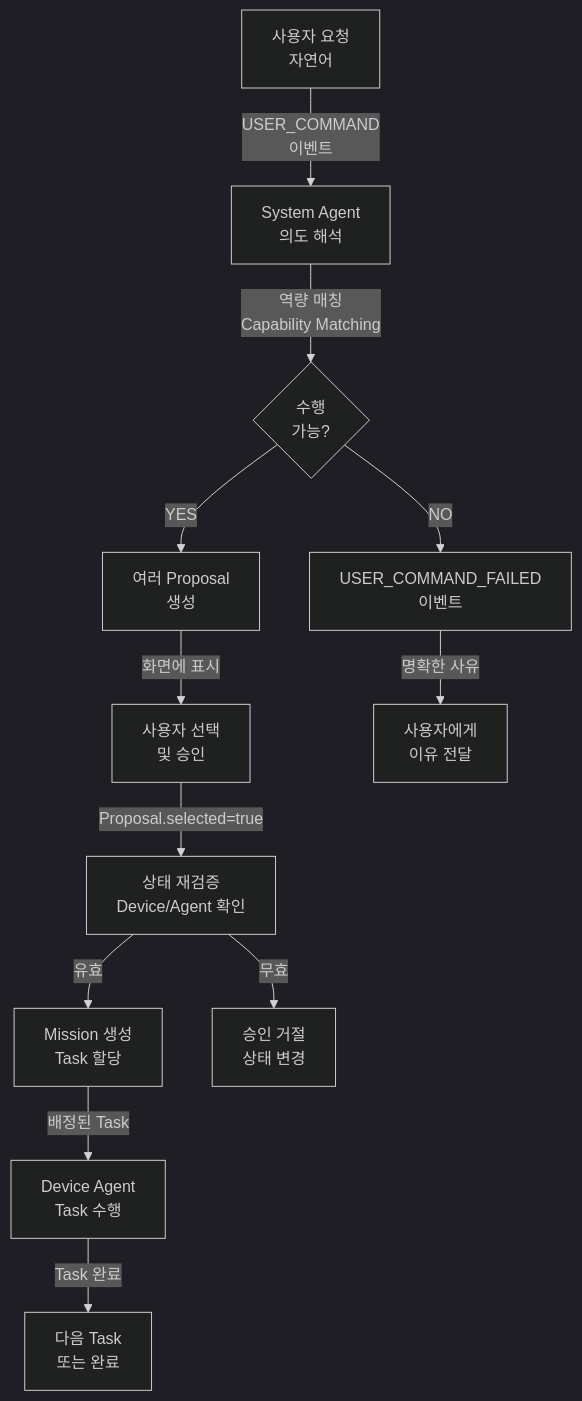
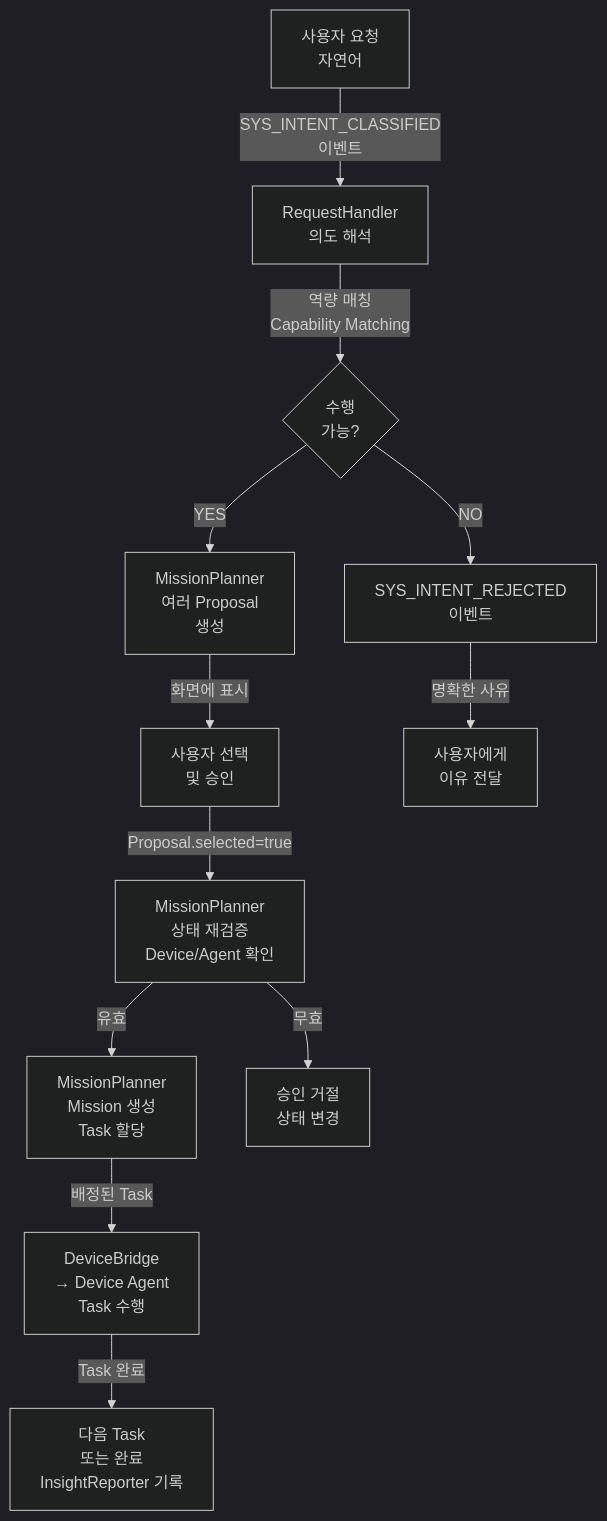
The diagram in docs/scenarios/operation.md (haeun-yu/CoWater), drawn with Mermaid (dark theme) before and after one commit. The commit also changed other lines of this file and 28 other files, not shown here.

First line of the commit message:
docs: system agent를 multi agent system으로 구성 (#15)

````diff
--- a/docs/scenarios/operation.md
+++ b/docs/scenarios/operation.md
@@ -18,14 +22,14 @@
 ```mermaid
 graph TD
-    A["사용자 요청<br/>자연어"] -->|USER_COMMAND<br/>이벤트| B["System Agent<br/>의도 해석"]
+    A["사용자 요청<br/>자연어"] -->|SYS_INTENT_CLASSIFIED<br/>이벤트| B["RequestHandler<br/>의도 해석"]
     B -->|역량 매칭<br/>Capability Matching| C{"수행<br/>가능?"}
-    C -->|YES| D["여러 Proposal<br/>생성"]
-    C -->|NO| E["USER_COMMAND_FAILED<br/>이벤트"]
+    C -->|YES| D["MissionPlanner<br/>여러 Proposal<br/>생성"]
+    C -->|NO| E["SYS_INTENT_REJECTED<br/>이벤트"]
     D -->|화면에 표시| F["사용자 선택<br/>및 승인"]
-    F -->|Proposal.selected=true| G["상태 재검증<br/>Device/Agent 확인"]
-    G -->|유효| H["Mission 생성<br/>Task 할당"]
+    F -->|Proposal.selected=true| G["MissionPlanner<br/>상태 재검증<br/>Device/Agent 확인"]
+    G -->|유효| H["MissionPlanner<br/>Mission 생성<br/>Task 할당"]
     G -->|무효| I["승인 거절<br/>상태 변경"]
-    H -->|배정된 Task| J["Device Agent<br/>Task 수행"]
-    J -->|Task 완료| K["다음 Task<br/>또는 완료"]
+    H -->|배정된 Task| J["DeviceBridge<br/>→ Device Agent<br/>Task 수행"]
+    J -->|Task 완료| K["다음 Task<br/>또는 완료<br/>InsightReporter 기록"]
     E -->|명확한 사유| L["사용자에게<br/>이유 전달"]
 ```
````
